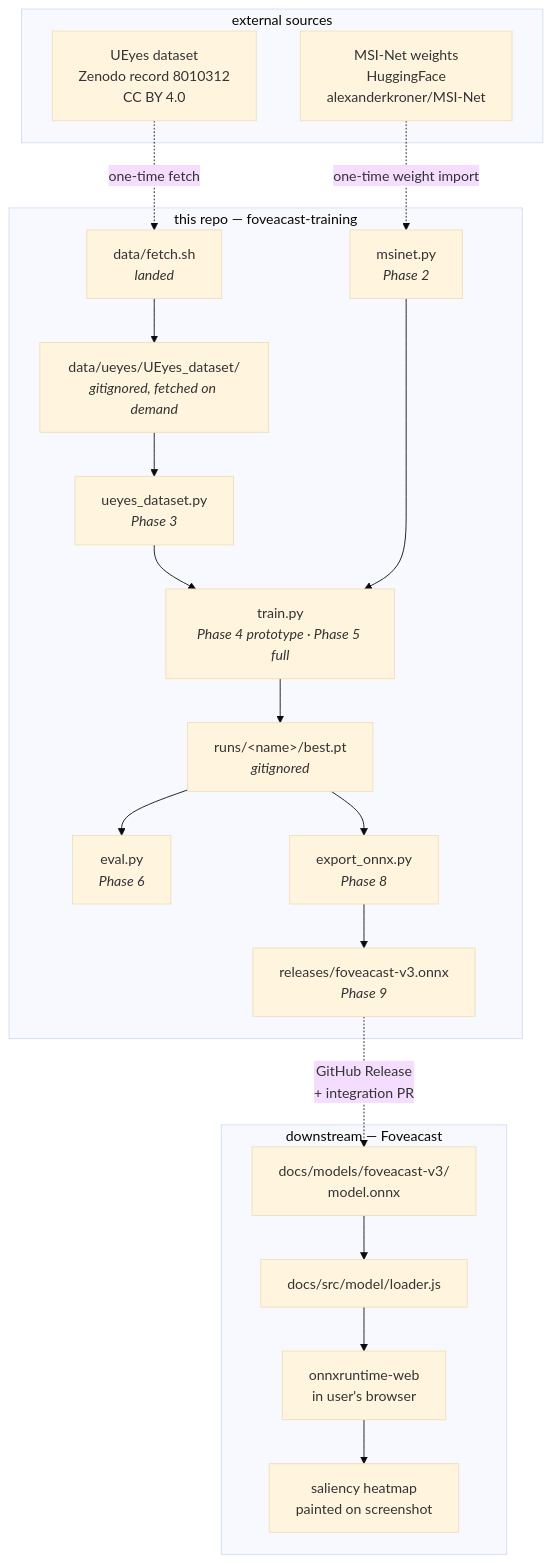
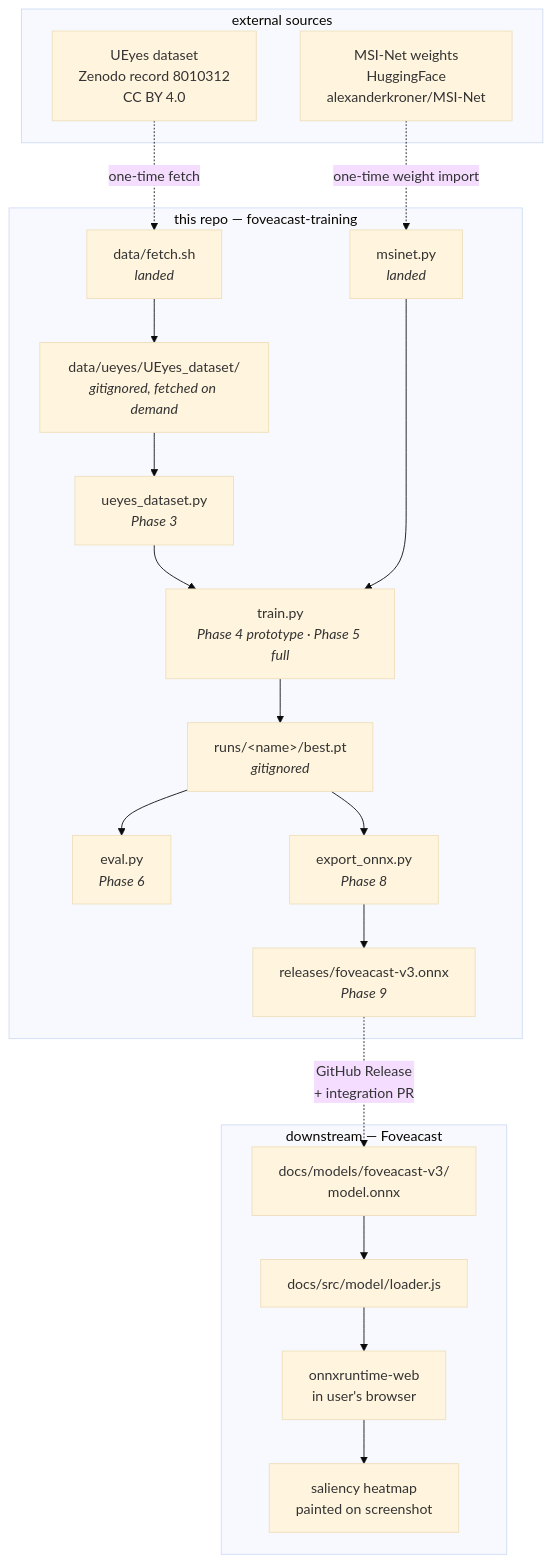
Before and after one commit to khawkins98/foveacast-training: the diagram in ARCHITECTURE.md, drawn with Mermaid (base theme). The commit also changed other lines of this file and 1 other file, not shown here.

First line of the commit message:
docs: flip msinet.py to [landed]; add frozen-SavedModel pitfall

````diff
--- a/ARCHITECTURE.md
+++ b/ARCHITECTURE.md
@@ -25,41 +25,41 @@
 ```mermaid
 flowchart TD
     subgraph external["external sources"]
         UEYES["UEyes dataset<br/>Zenodo record 8010312<br/>CC BY 4.0"]
         MSINET["MSI-Net weights<br/>HuggingFace<br/>alexanderkroner/MSI-Net"]
     end
 
     subgraph this_repo["this repo — foveacast-training"]
         FETCH["data/fetch.sh<br/><i>landed</i>"]
         DATA["data/ueyes/UEyes_dataset/<br/><i>gitignored, fetched on demand</i>"]
         LOADER["ueyes_dataset.py<br/><i>Phase 3</i>"]
-        MODEL["msinet.py<br/><i>Phase 2</i>"]
+        MODEL["msinet.py<br/><i>landed</i>"]
         TRAIN["train.py<br/><i>Phase 4 prototype · Phase 5 full</i>"]
         CKPT["runs/&lt;name&gt;/best.pt<br/><i>gitignored</i>"]
         EVAL["eval.py<br/><i>Phase 6</i>"]
         EXPORT["export_onnx.py<br/><i>Phase 8</i>"]
         ARTEFACT["releases/foveacast-v3.onnx<br/><i>Phase 9</i>"]
     end
 
     subgraph foveacast["downstream — Foveacast"]
         ONNX_CONSUMED["docs/models/foveacast-v3/<br/>model.onnx"]
         LOADER_JS["docs/src/model/loader.js"]
         RUNTIME["onnxruntime-web<br/>in user's browser"]
         HEATMAP["saliency heatmap<br/>painted on screenshot"]
     end
 
     UEYES -.one-time fetch.-> FETCH
     FETCH --> DATA
     DATA --> LOADER
     MSINET -.one-time weight import.-> MODEL
     LOADER --> TRAIN
     MODEL --> TRAIN
     TRAIN --> CKPT
     CKPT --> EVAL
     CKPT --> EXPORT
     EXPORT --> ARTEFACT
     ARTEFACT -.GitHub Release<br/>+ integration PR.-> ONNX_CONSUMED
     ONNX_CONSUMED --> LOADER_JS
     LOADER_JS --> RUNTIME
     RUNTIME --> HEATMAP
 ```
````
